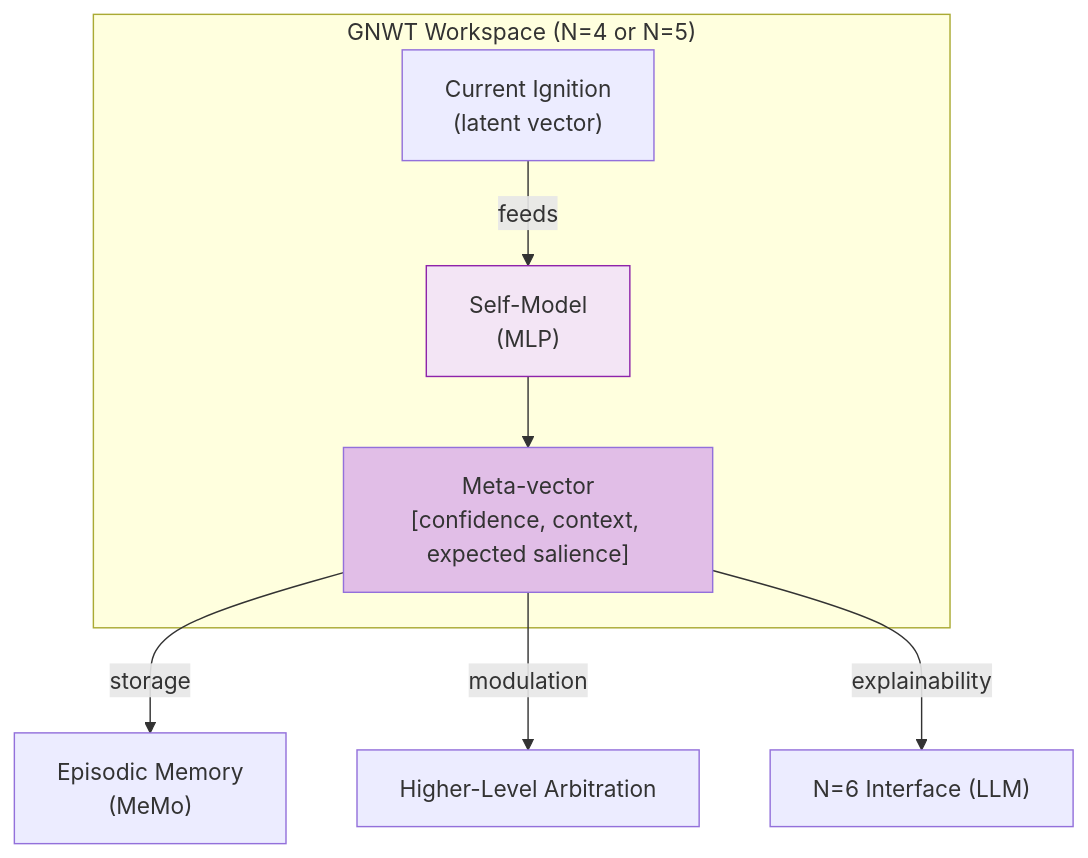
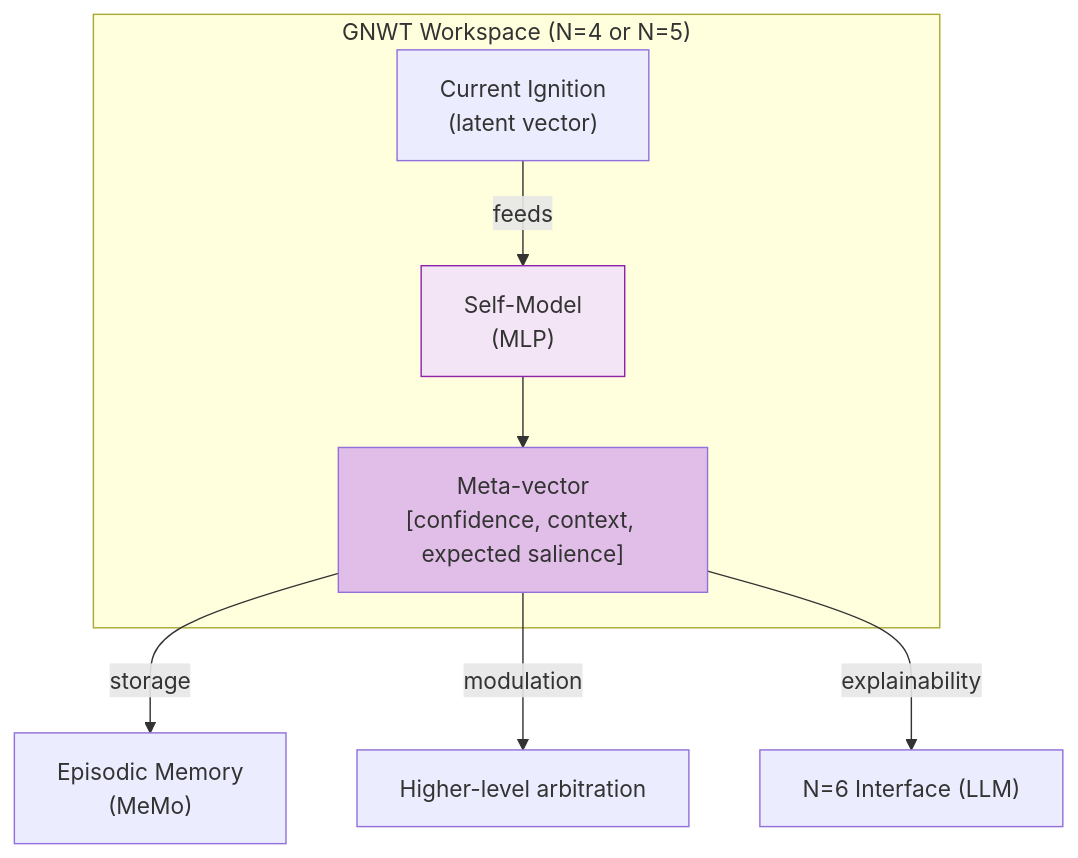
The fifth of 7 diagrams in concepts/concepts.md (AlainCo/GNWT-Garrigue-X-en), drawn with Mermaid before and after one commit. The commit also changed other lines of this file and 31 other files, not shown here.

````diff
--- a/concepts/concepts.md
+++ b/concepts/concepts.md
@@ -451,18 +456,18 @@
 ```mermaid
 flowchart TD
     subgraph Workspace ["GNWT Workspace (N=4 or N=5)"]
         I["Current Ignition\n(latent vector)"]
         SM["Self-Model\n(MLP)"]
         M["Meta-vector\n[confidence, context, expected salience]"]
     end
 
     I -->|"feeds"| SM
     SM --> M
 
     M -->|"storage"| MeMo["Episodic Memory\n(MeMo)"]
-    M -->|"modulation"| Decision["Higher-Level Arbitration"]
+    M -->|"modulation"| Decision["Higher-level arbitration"]
     M -->|"explainability"| LLM["N=6 Interface (LLM)"]
 
     style SM fill:#f3e5f5,stroke:#8e24aa
     style M fill:#e1bee7
 ```
````
